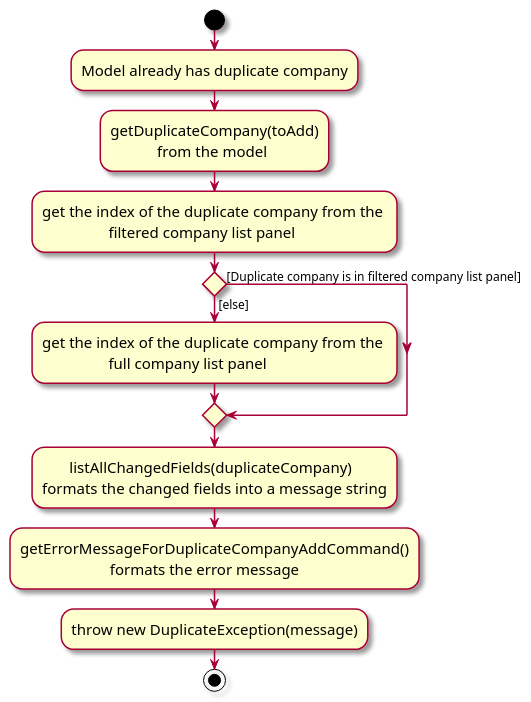
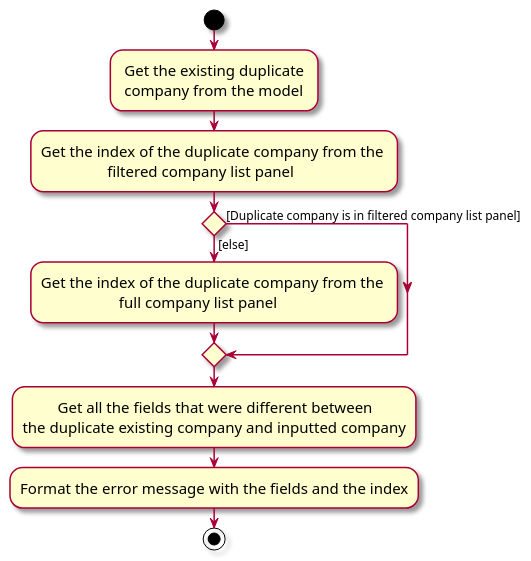
Before and after one commit to tayruxin/tp: the diagram in docs/diagrams/DuplicateActivityDiagram.puml, drawn with PlantUML. The commit also changed 6 other files, not shown here.

```diff
--- a/docs/diagrams/DuplicateActivityDiagram.puml
+++ b/docs/diagrams/DuplicateActivityDiagram.puml
@@ -1,22 +1,19 @@
 @startuml
 skin rose
 skinparam ActivityFontSize 15
 skinparam ArrowFontSize 12
 start
-:Model already has duplicate company;
 
 'Since the beta syntax does not support placing the condition outside the
 'diamond we place it as the true branch instead.
 
-:getDuplicateCompany(toAdd)\n            from the model;
-:get the index of the duplicate company from the \n                 filtered company list panel;
+: Get the existing duplicate \n company from the model;
+:Get the index of the duplicate company from the \n                 filtered company list panel;
 if () then ([else])
-    :get the index of the duplicate company from the \n                 full company list panel;
+    :Get the index of the duplicate company from the \n                    full company list panel;
 else ([Duplicate company is in filtered company list panel])
     endif
-
-:       listAllChangedFields(duplicateCompany)\nformats the changed fields into a message string;
-:getErrorMessageForDuplicateCompanyAddCommand()\n                       formats the error message;
-:throw new DuplicateException(message);
+:         Get all the fields that were different between \nthe duplicate existing company and inputted company;
+:Format the error message with the fields and the index;
 stop
 @enduml
```
